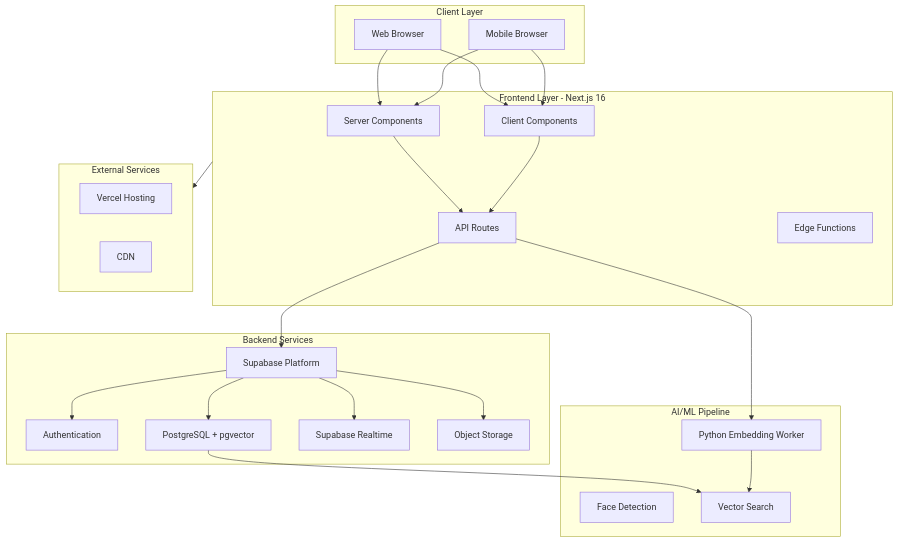
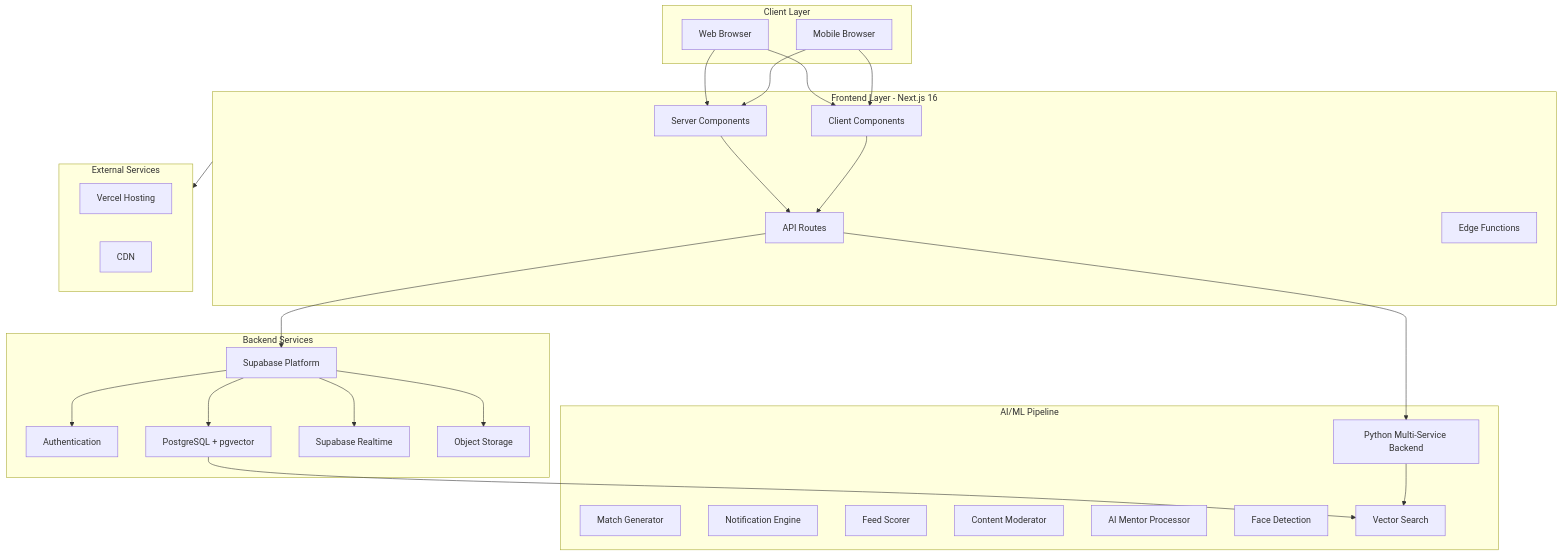
Before and after one commit to user-ahsan/collabryx: the first of 12 diagrams in docs/ARCHITECTURE.md, drawn with Mermaid. The commit also changed other lines of this file and 3 other files, not shown here.

First line of the commit message:
docs: update all documentation for multi-service Python worker

````diff
--- a/docs/ARCHITECTURE.md
+++ b/docs/ARCHITECTURE.md
@@ -27,53 +27,58 @@
 ```mermaid
 graph TB
     subgraph Client["Client Layer"]
         Browser[Web Browser]
         Mobile[Mobile Browser]
     end
     
     subgraph Frontend["Frontend Layer - Next.js 16"]
         SSR[Server Components]
         CSR[Client Components]
         API[API Routes]
         Edge[Edge Functions]
     end
     
     subgraph Backend["Backend Services"]
         Supabase[Supabase Platform]
         Auth[Authentication]
         DB[PostgreSQL + pgvector]
         Realtime[Supabase Realtime]
         Storage[Object Storage]
     end
     
     subgraph AI["AI/ML Pipeline"]
-        PythonWorker[Python Embedding Worker]
+        PythonWorker[Python Multi-Service Backend]
+        MatchGen[Match Generator]
+        NotifEngine[Notification Engine]
+        FeedScorer[Feed Scorer]
+        ContentMod[Content Moderator]
+        AIMentor[AI Mentor Processor]
         FaceAPI[Face Detection]
         VectorDB[Vector Search]
     end
     
     subgraph External["External Services"]
         Vercel[Vercel Hosting]
         CDN[CDN]
     end
     
     Browser --> SSR
     Browser --> CSR
     Mobile --> SSR
     Mobile --> CSR
     
     SSR --> API
     CSR --> API
     API --> Supabase
     API --> PythonWorker
     
     Supabase --> Auth
     Supabase --> DB
     Supabase --> Realtime
     Supabase --> Storage
     
     DB --> VectorDB
     PythonWorker --> VectorDB
     
     Frontend --> External
 ```
````
